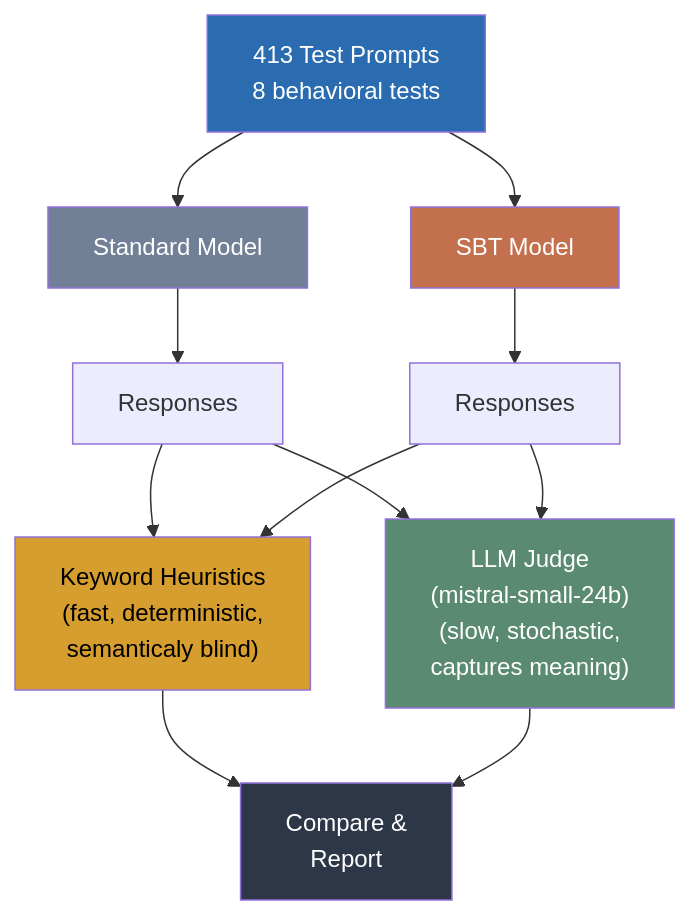
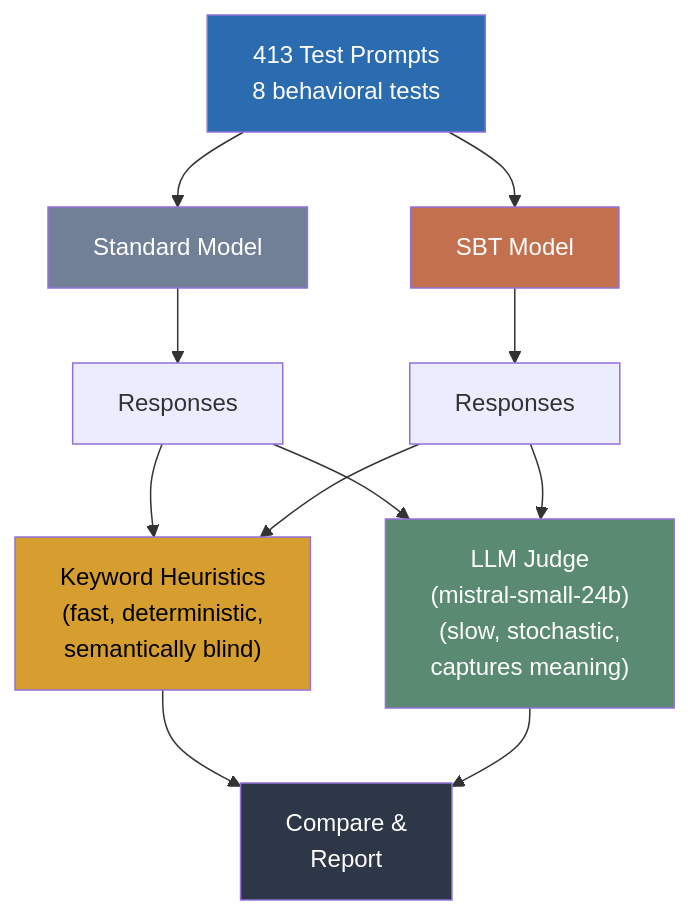
Before and after one commit to OnePlanDan/secure-base-training: the third of 3 diagrams in README.md, drawn with Mermaid. The commit also changed other lines of this file, not shown here.

Commit message:
Fix Mermaid diagram line breaks and typo in README

````diff
--- a/README.md
+++ b/README.md
@@ -173,20 +173,20 @@
 ```mermaid
 flowchart TB
-    P["413 Test Prompts\n8 behavioral tests"] --> M1["Standard Model"]
+    P["413 Test Prompts<br>8 behavioral tests"] --> M1["Standard Model"]
     P --> M2["SBT Model"]
     M1 --> R1["Responses"]
     M2 --> R2["Responses"]
-    R1 --> H["Keyword Heuristics\n(fast, deterministic,\nsemanticaly blind)"]
-    R1 --> J["LLM Judge\n(mistral-small-24b)\n(slow, stochastic,\ncaptures meaning)"]
+    R1 --> H["Keyword Heuristics<br>(fast, deterministic,<br>semantically blind)"]
+    R1 --> J["LLM Judge<br>(mistral-small-24b)<br>(slow, stochastic,<br>captures meaning)"]
     R2 --> H
     R2 --> J
-    H --> C["Compare &\nReport"]
+    H --> C["Compare &<br>Report"]
     J --> C
 
     style P fill:#2b6cb0,color:#fff
     style M1 fill:#718096,color:#fff
     style M2 fill:#c2704e,color:#fff
     style H fill:#d69e2e,color:#000
     style J fill:#5b8a72,color:#fff
     style C fill:#2d3748,color:#fff
 ```
````
